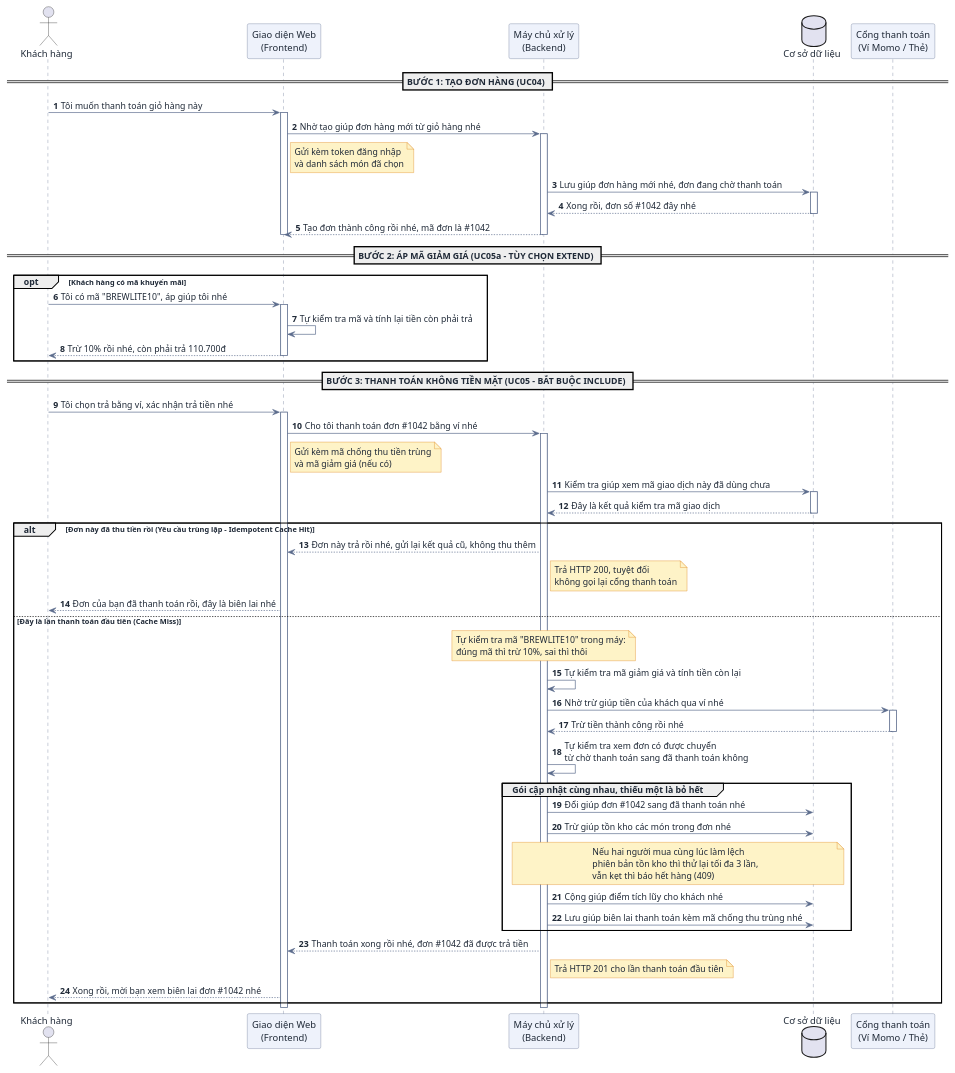
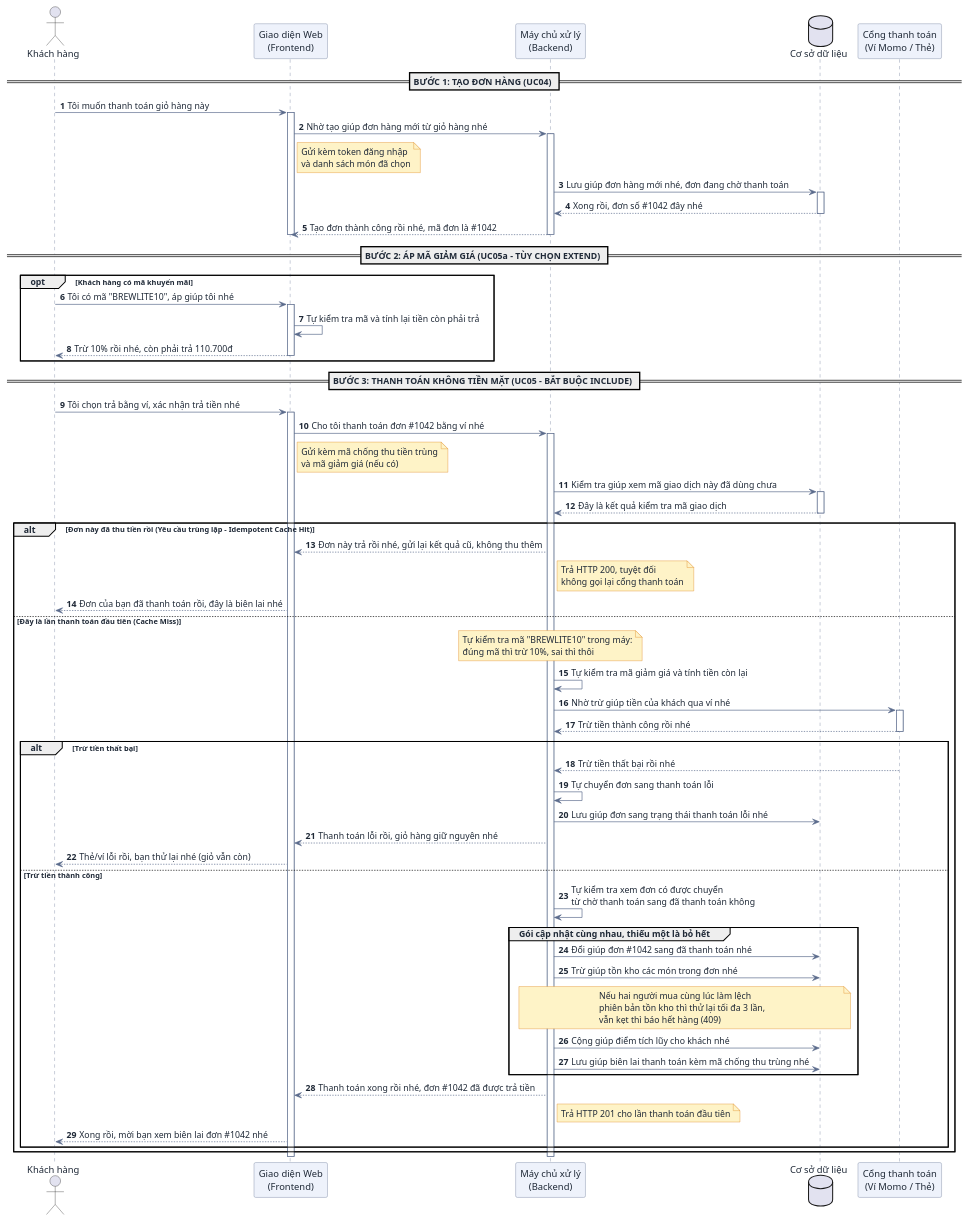
Before and after one commit to DuVinhLoi/BrewLite: the fourth of 6 diagrams in docs/user-sequence-specifications.md, drawn with PlantUML.

Commit message:
docs: add UC05 gateway-failure branch PAYMENT_FAILED, cart kept

```diff
--- a/docs/user-sequence-specifications.md
+++ b/docs/user-sequence-specifications.md
@@ -309,23 +309,31 @@
     Gateway --> BE : Trừ tiền thành công rồi nhé
     deactivate Gateway
 
-    BE -> BE : Tự kiểm tra xem đơn có được chuyển\ntừ chờ thanh toán sang đã thanh toán không
+    alt Trừ tiền thất bại
+        Gateway --> BE : Trừ tiền thất bại rồi nhé
+        BE -> BE : Tự chuyển đơn sang thanh toán lỗi
+        BE -> DB : Lưu giúp đơn sang trạng thái thanh toán lỗi nhé
+        BE --> FE : Thanh toán lỗi rồi, giỏ hàng giữ nguyên nhé
+        FE --> User : Thẻ/ví lỗi rồi, bạn thử lại nhé (giỏ vẫn còn)
+    else Trừ tiền thành công
+        BE -> BE : Tự kiểm tra xem đơn có được chuyển\ntừ chờ thanh toán sang đã thanh toán không
 
-    group Gói cập nhật cùng nhau, thiếu một là bỏ hết
-        BE -> DB : Đổi giúp đơn #1042 sang đã thanh toán nhé
-        BE -> DB : Trừ giúp tồn kho các món trong đơn nhé
-        note over BE, DB #fef3c7
-            Nếu hai người mua cùng lúc làm lệch
-            phiên bản tồn kho thì thử lại tối đa 3 lần,
-            vẫn kẹt thì báo hết hàng (409)
-        end note
-        BE -> DB : Cộng giúp điểm tích lũy cho khách nhé
-        BE -> DB : Lưu giúp biên lai thanh toán kèm mã chống thu trùng nhé
+        group Gói cập nhật cùng nhau, thiếu một là bỏ hết
+            BE -> DB : Đổi giúp đơn #1042 sang đã thanh toán nhé
+            BE -> DB : Trừ giúp tồn kho các món trong đơn nhé
+            note over BE, DB #fef3c7
+                Nếu hai người mua cùng lúc làm lệch
+                phiên bản tồn kho thì thử lại tối đa 3 lần,
+                vẫn kẹt thì báo hết hàng (409)
+            end note
+            BE -> DB : Cộng giúp điểm tích lũy cho khách nhé
+            BE -> DB : Lưu giúp biên lai thanh toán kèm mã chống thu trùng nhé
+        end
+
+        BE --> FE : Thanh toán xong rồi nhé, đơn #1042 đã được trả tiền
+        note right of BE #fef3c7 : Trả HTTP 201 cho lần thanh toán đầu tiên
+        FE --> User : Xong rồi, mời bạn xem biên lai đơn #1042 nhé
     end
-
-    BE --> FE : Thanh toán xong rồi nhé, đơn #1042 đã được trả tiền
-    note right of BE #fef3c7 : Trả HTTP 201 cho lần thanh toán đầu tiên
-    FE --> User : Xong rồi, mời bạn xem biên lai đơn #1042 nhé
 end
 deactivate BE
 deactivate FE
```
